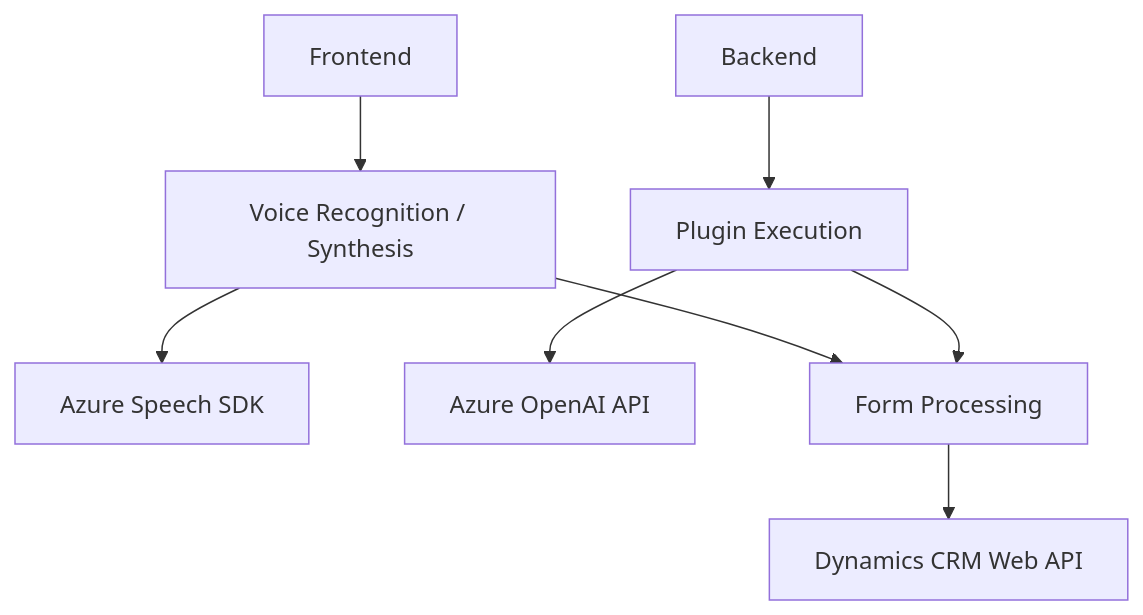
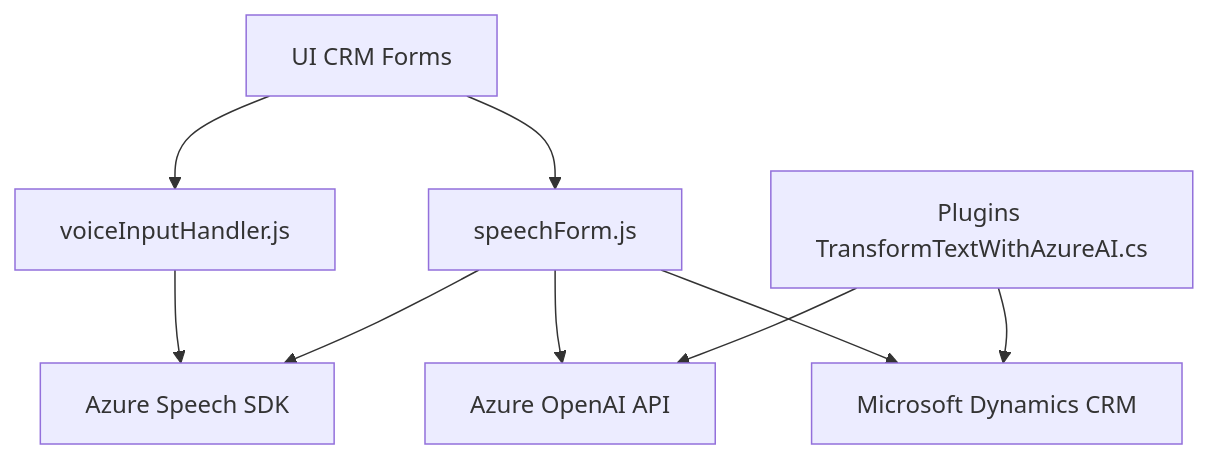
One commit to blopezdm/NETCORE_BILBAO2025 changed the diagram in README.md. Above: the diagram before and after it, drawn with Mermaid. The commit also changed other lines of this file, not shown here.

````diff
--- a/README.md
+++ b/README.md
@@ -51,18 +46,19 @@
 ```mermaid
 graph TD
-    A["Frontend"]
-    B["Backend"]
-    C["Azure Speech SDK"]
-    D["Azure OpenAI API"]
-    E["Dynamics CRM Web API"]
-    F["Voice Recognition / Synthesis"]
-    G["Form Processing"]
-    H["Plugin Execution"]
-    A --> F
-    F --> C
-    F --> G
-    G --> E
-    B --> H
-    H --> D
-    H --> G
+    A["UI CRM Forms"]
+    B["voiceInputHandler.js"]
+    C["speechForm.js"]
+    D["Plugins TransformTextWithAzureAI.cs"]
+    E["Azure Speech SDK"]
+    F["Azure OpenAI API"]
+    G["Microsoft Dynamics CRM"]
+
+    A --> B
+    A --> C
+    B --> E
+    C --> E
+    C --> F
+    C --> G
+    D --> F
+    D --> G
 ```
````
